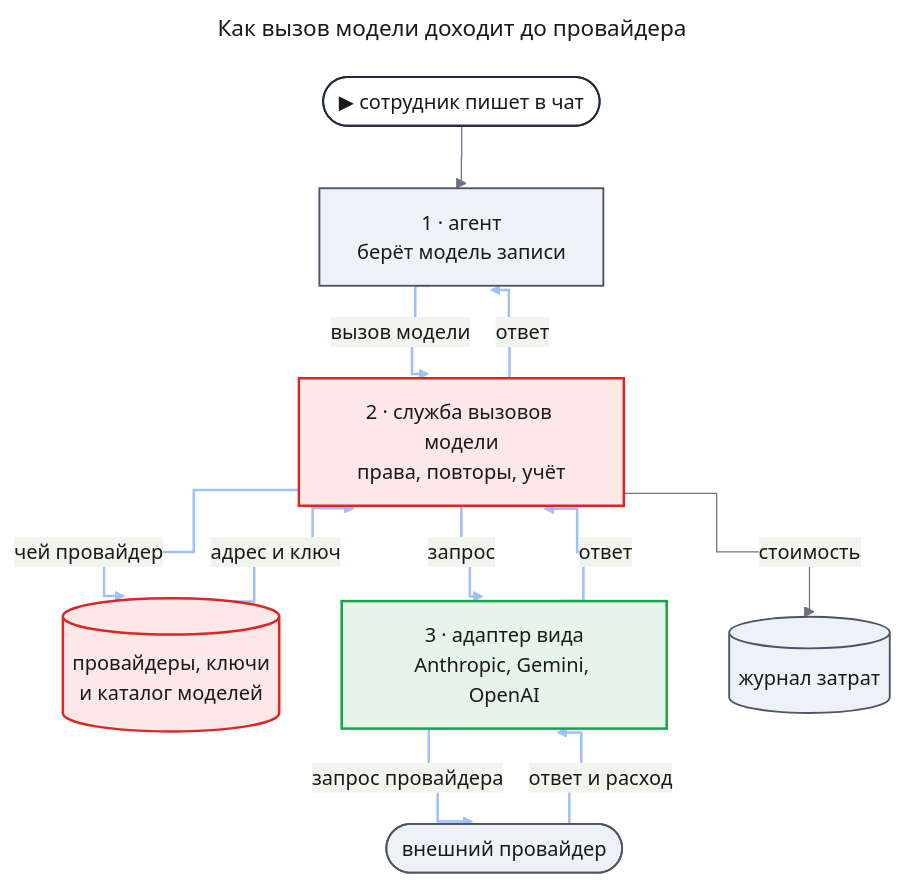
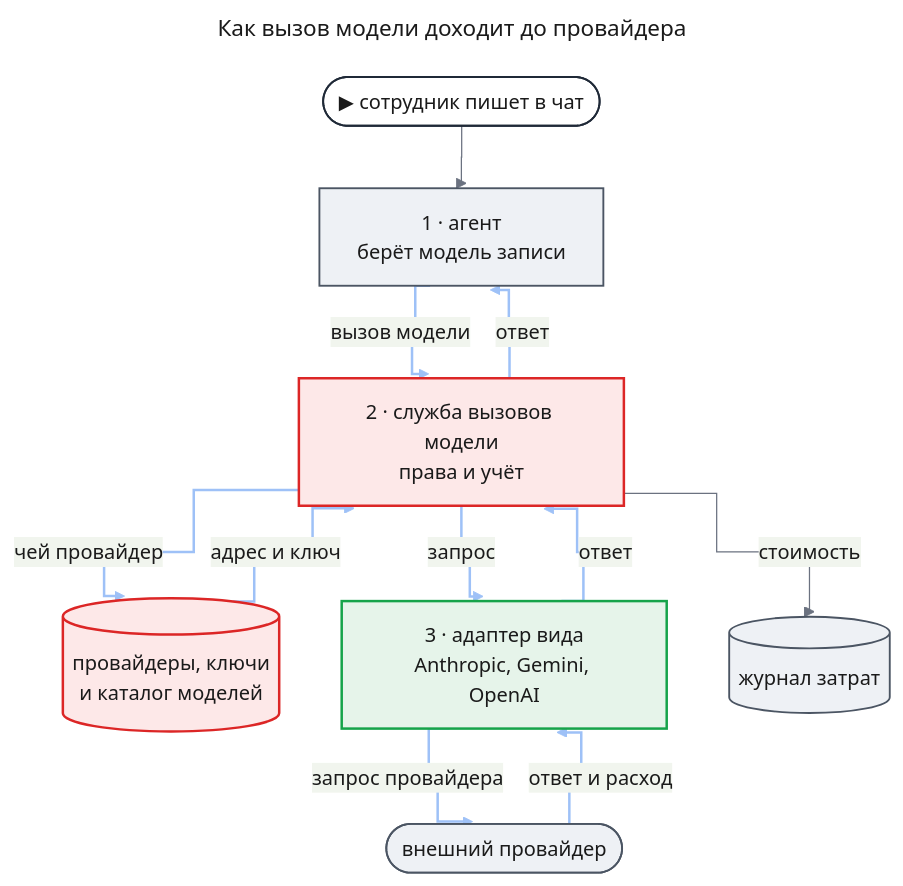
The first of 3 diagrams in docs/features/model-providers/prd.md (tundraray/agent-os), drawn with Mermaid before and after one commit. The commit also changed other lines of this file and 264 other files, not shown here.

````diff
--- a/docs/features/model-providers/prd.md
+++ b/docs/features/model-providers/prd.md
@@ -38,59 +38,59 @@
 ```mermaid
 ---
 title: "Как вызов модели доходит до провайдера"
 config:
   theme: base
   look: classic
   themeVariables:
     primaryColor: "#eef1f5"
     primaryBorderColor: "#4b5563"
     primaryTextColor: "#1a1a1a"
     lineColor: "#6b7280"
   flowchart:
     curve: step
   themeCSS: |
     @keyframes litr_mp1{0%,11.25%{stroke:#1d4ed8;stroke-width:6px}12.5%,100%{stroke:#9ec1f7;stroke-width:2px}}
 ---
 flowchart TB
     entry(["▶ сотрудник пишет в чат"])
     agent["1 · агент<br/>берёт модель записи"]
-    calls["2 · служба вызовов модели<br/>права, повторы, учёт"]
+    calls["2 · служба вызовов модели<br/>права и учёт"]
     db[("провайдеры, ключи<br/>и каталог моделей")]
     adapter["3 · адаптер вида<br/>Anthropic, Gemini, OpenAI"]
     ext(["внешний провайдер"])
     ledger[("журнал затрат")]
     entry --> agent
     agent e1@-->|"вызов модели"| calls
     calls e2@-->|"чей провайдер"| db
     db e3@-->|"адрес и ключ"| calls
     calls e4@-->|"запрос"| adapter
     adapter e5@-->|"запрос провайдера"| ext
     ext e6@-->|"ответ и расход"| adapter
     adapter e7@-->|"ответ"| calls
     calls e8@-->|"ответ"| agent
     calls -->|"стоимость"| ledger
     classDef entry fill:#ffffff,stroke:#1f2937,stroke-width:1.5px,color:#1a1a1a
     classDef changed fill:#fde8e8,stroke:#dc2626,stroke-width:2px,color:#1a1a1a
     classDef new fill:#e6f4ea,stroke:#16a34a,stroke-width:2px,color:#1a1a1a
     classDef unchanged fill:#eef1f5,stroke:#4b5563,stroke-width:1.5px,color:#1a1a1a
     classDef r1 stroke:#9ec1f7,stroke-width:2px,animation:litr_mp1 9.6s linear 0s infinite
     classDef r2 stroke:#9ec1f7,stroke-width:2px,animation:litr_mp1 9.6s linear 1.2s infinite
     classDef r3 stroke:#9ec1f7,stroke-width:2px,animation:litr_mp1 9.6s linear 2.4s infinite
     classDef r4 stroke:#9ec1f7,stroke-width:2px,animation:litr_mp1 9.6s linear 3.6s infinite
     classDef r5 stroke:#9ec1f7,stroke-width:2px,animation:litr_mp1 9.6s linear 4.8s infinite
     classDef r6 stroke:#9ec1f7,stroke-width:2px,animation:litr_mp1 9.6s linear 6s infinite
     classDef r7 stroke:#9ec1f7,stroke-width:2px,animation:litr_mp1 9.6s linear 7.2s infinite
     classDef r8 stroke:#9ec1f7,stroke-width:2px,animation:litr_mp1 9.6s linear 8.4s infinite
     class entry entry
     class calls,db changed
     class adapter new
     class agent,ext,ledger unchanged
     class e1 r1
     class e2 r2
     class e3 r3
     class e4 r4
     class e5 r5
     class e6 r6
     class e7 r7
     class e8 r8
 ```
````
